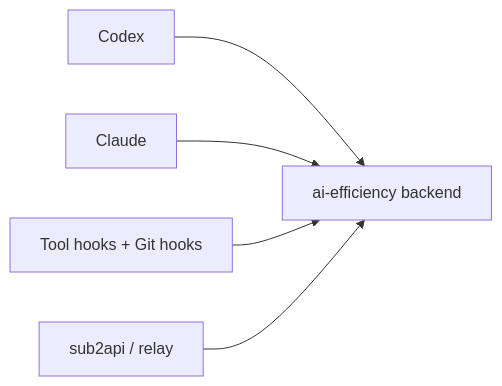
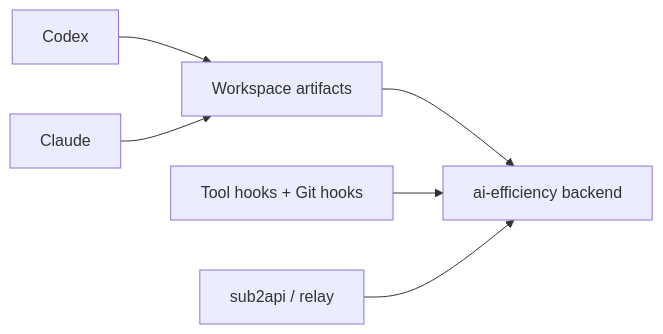
Before and after one commit to LichKing-2234/ai-efficiency: the fourth of 4 diagrams in docs/architecture.md, drawn with Mermaid. The commit also changed other lines of this file and 24 other files, not shown here.

````diff
--- a/docs/architecture.md
+++ b/docs/architecture.md
@@ -168,13 +167,15 @@
 ```mermaid
 flowchart LR
     Codex["Codex"]
     Claude["Claude"]
+    Workspace["Workspace artifacts"]
     Hooks["Tool hooks + Git hooks"]
     Backend["ai-efficiency backend"]
     Relay["sub2api / relay"]
 
-    Codex --> Backend
-    Claude --> Backend
+    Codex --> Workspace
+    Claude --> Workspace
+    Workspace --> Backend
     Hooks --> Backend
     Relay --> Backend
 ```
````
